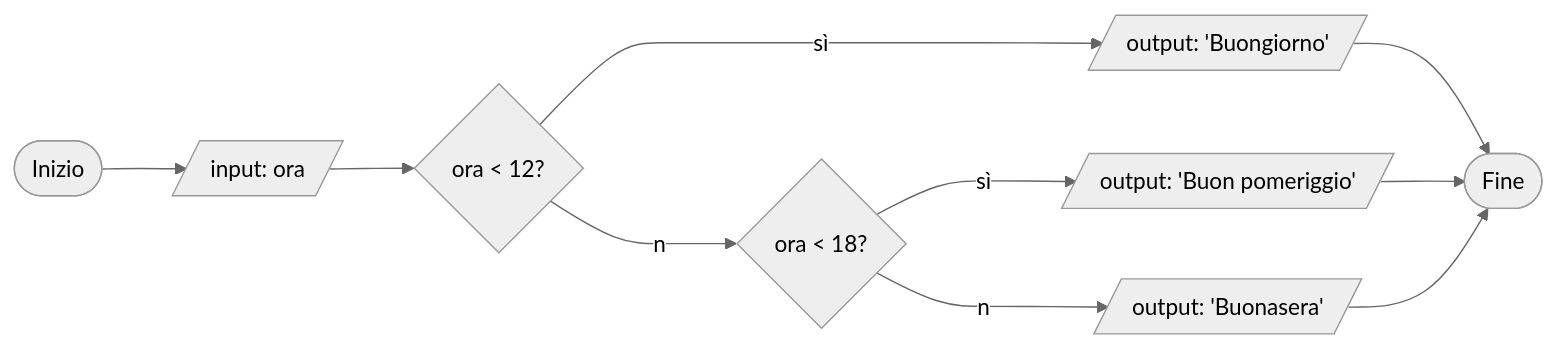
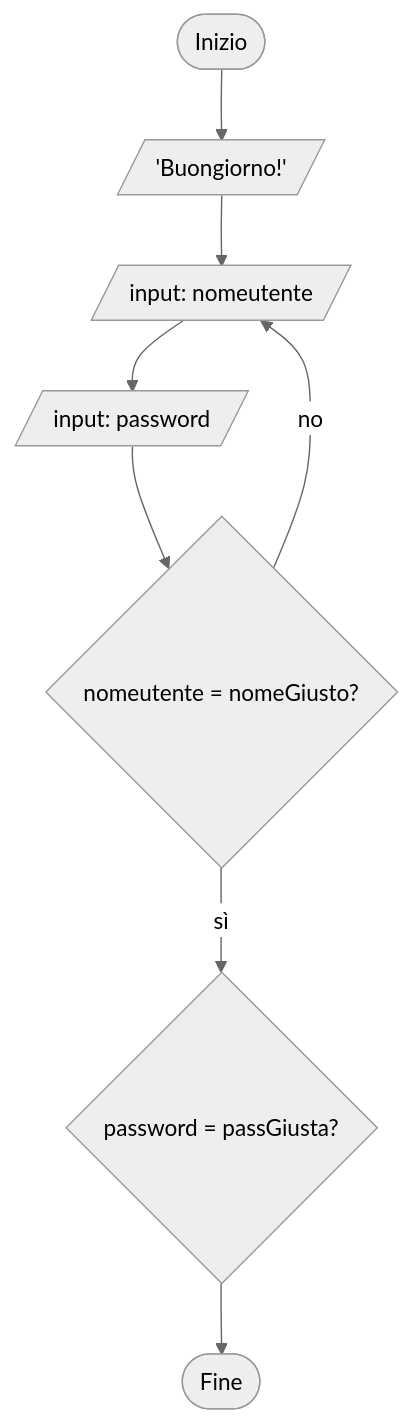
Before and after one commit to mattiacozzi/corso-office-50: the diagram in 10-algoritmi.md, drawn with Mermaid (neutral theme). The commit also changed other lines of this file, not shown here.

```diff
--- a/10-algoritmi.md
+++ b/10-algoritmi.md
@@ -242,6 +3,6 @@
 <pre class="mermaid">
-graph LR
-A([Inizio]) --> B[/input: ora/] --> C{ora < 12?} --sì--> D[/output: 'Buongiorno'/] -->Z([Fine])
-C --no--> E{ora < 18?} --sì--> F[/output: 'Buon pomeriggio'/] --> Z
-E --no--> G[/output: 'Buonasera'/] --> Z
+graph TD
+A([Inizio]) --> B[/'Buongiorno!'/] --> Z[/input: nomeutente /] --> Y[/input: password /] --> X{nomeutente = nomeGiusto?} --sì--> C{password = passGiusta?} --> F([Fine])
+X -- no -->Z
+
 </pre>
```
